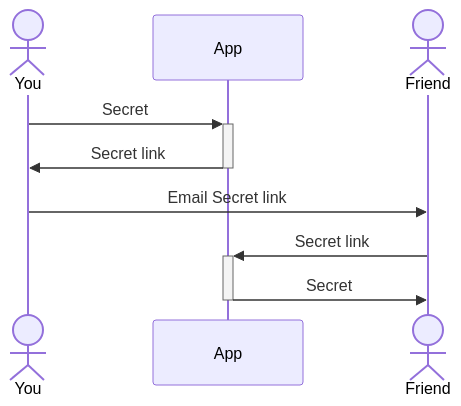
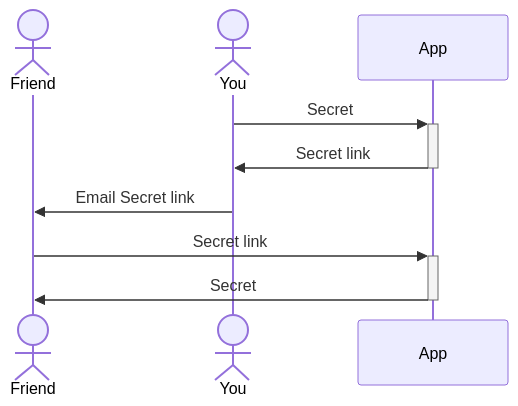
The first of 2 diagrams in readme.md (buildcomplete/YT-secrets), drawn with Mermaid before and after one commit. The commit also changed other lines of this file, not shown here.

First line of the commit message:
Updated diagram

````diff
--- a/readme.md
+++ b/readme.md
@@ -56,12 +56,12 @@
 ```mermaid
 sequenceDiagram
+   Actor Friend
    Actor You
    Participant App
-   Actor Friend
    
    You->>+App: Secret
    App->>-You: Secret link
    You->>Friend:Email Secret link
    Friend->>+App:Secret link
    App->>-Friend:Secret
 ```
````
